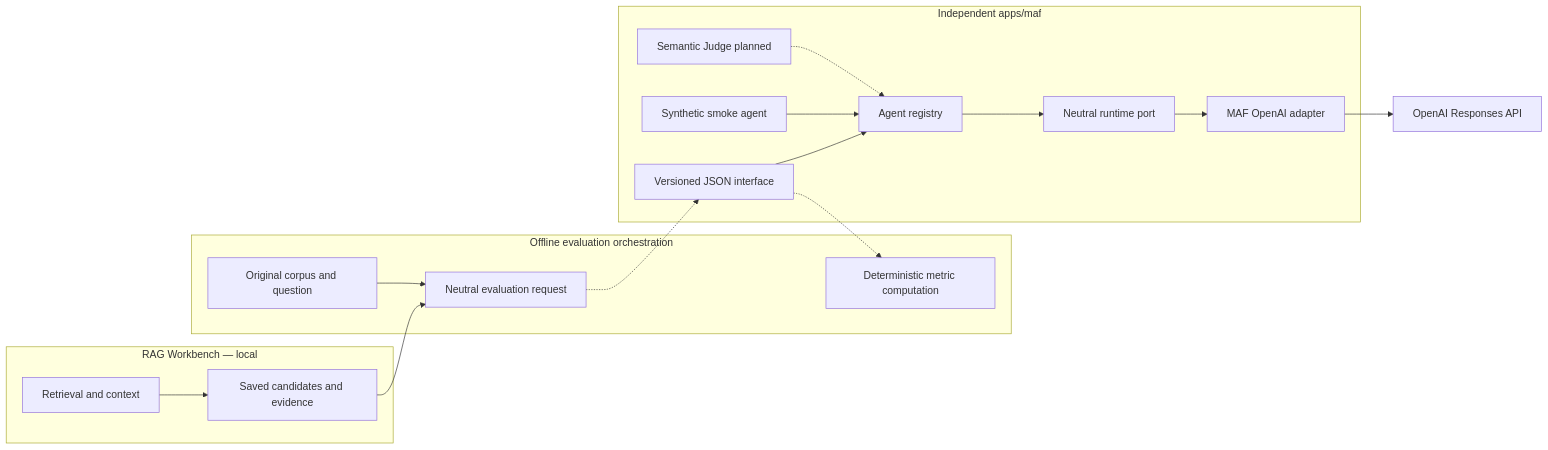
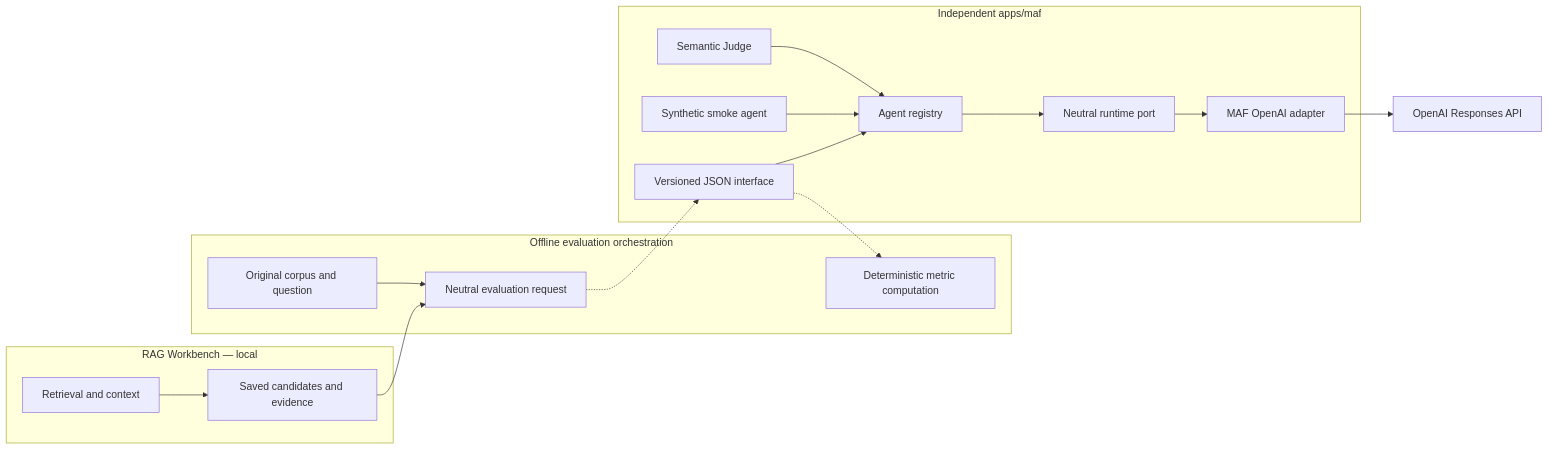
The diagram in tasks/maf/MAF_ARCHITECTURE.md (VibeInAMajor/rag-experiment), drawn with Mermaid before and after one commit. The commit also changed other lines of this file and 27 other files, not shown here.

Commit message:
feat(maf): register source-grounded semantic judge

````diff
--- a/tasks/maf/MAF_ARCHITECTURE.md
+++ b/tasks/maf/MAF_ARCHITECTURE.md
@@ -13,30 +13,30 @@
 ```mermaid
 flowchart LR
     subgraph RAG["RAG Workbench — local"]
         Search[Retrieval and context]
         Capture[Saved candidates and evidence]
         Search --> Capture
     end
     subgraph Eval["Offline evaluation orchestration"]
         Source[Original corpus and question]
         Export[Neutral evaluation request]
         Score[Deterministic metric computation]
         Capture --> Export
         Source --> Export
     end
     subgraph MAF["Independent apps/maf"]
         CLI[Versioned JSON interface]
         Registry[Agent registry]
         Smoke[Synthetic smoke agent]
-        Judge[Semantic Judge planned]
+        Judge[Semantic Judge]
         Runtime[Neutral runtime port]
         Adapter[MAF OpenAI adapter]
         CLI --> Registry --> Runtime
         Smoke --> Registry
-        Judge -.-> Registry
+        Judge --> Registry
         Runtime --> Adapter
     end
     Export -.-> CLI
     Adapter --> OpenAI[OpenAI Responses API]
     CLI -.-> Score
 ```
````
